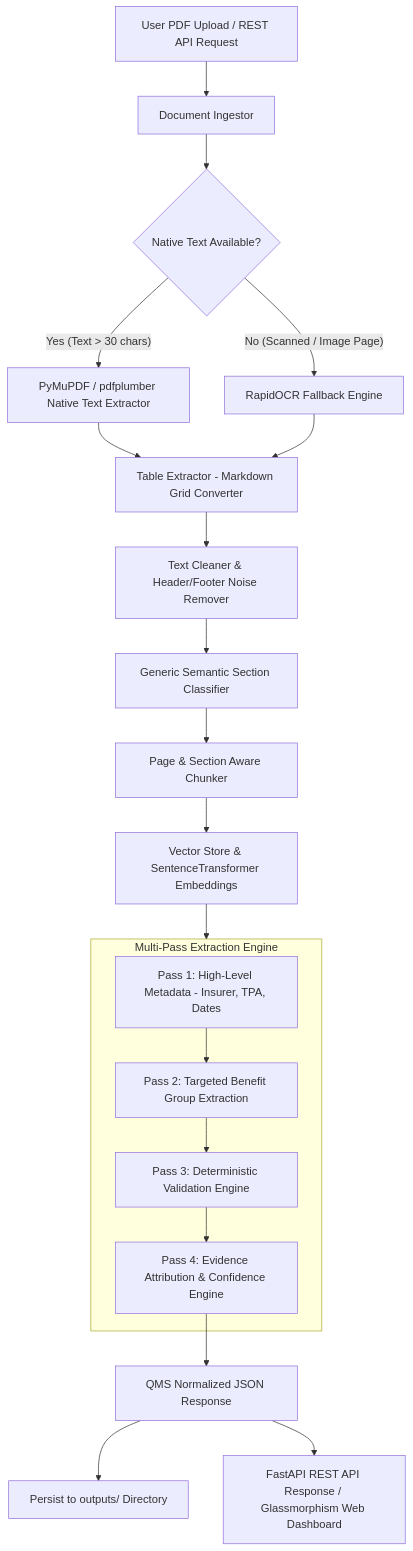
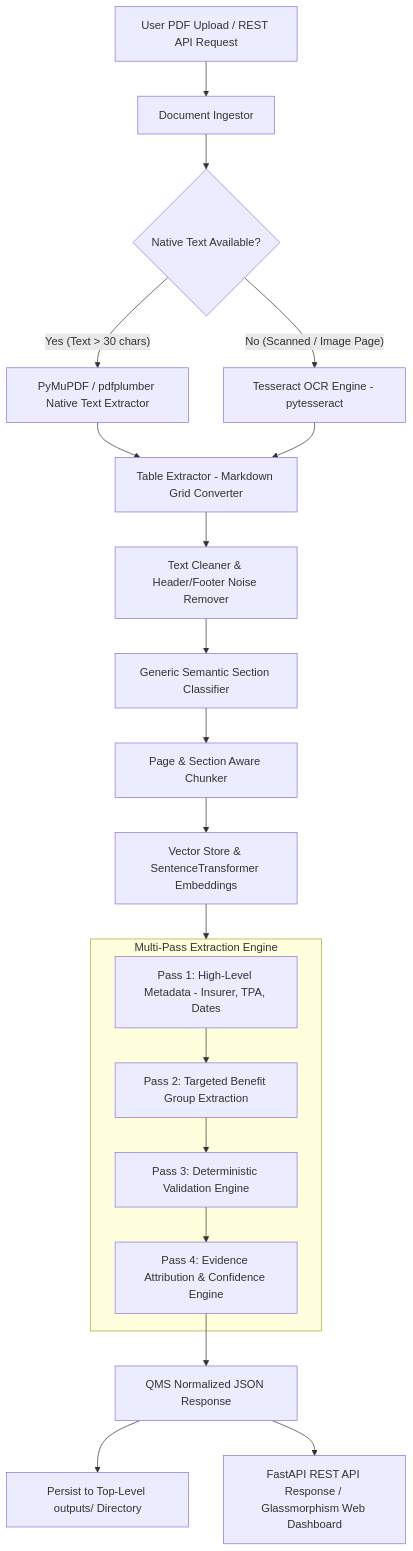
One commit to gargmadhav/PlanCover_assignment changed the diagram in README.md. Above: the diagram before and after it, drawn with Mermaid. The commit also changed other lines of this file and 75 other files, not shown here.

````diff
--- a/README.md
+++ b/README.md
@@ -108,26 +108,26 @@
 ```mermaid
 flowchart TD
     A[User PDF Upload / REST API Request] --> B[Document Ingestor]
     B --> C{Native Text Available?}
     C -- Yes (Text > 30 chars) --> D[PyMuPDF / pdfplumber Native Text Extractor]
-    C -- No (Scanned / Image Page) --> E[RapidOCR Fallback Engine]
+    C -- No (Scanned / Image Page) --> E[Tesseract OCR Engine - pytesseract]
     D --> F[Table Extractor - Markdown Grid Converter]
     E --> F
     F --> G[Text Cleaner & Header/Footer Noise Remover]
     G --> H[Generic Semantic Section Classifier]
     H --> I[Page & Section Aware Chunker]
     I --> J[Vector Store & SentenceTransformer Embeddings]
     J --> K[Multi-Pass Policy Extraction Engine]
     
     subgraph K [Multi-Pass Extraction Engine]
         K1[Pass 1: High-Level Metadata - Insurer, TPA, Dates]
         K2[Pass 2: Targeted Benefit Group Extraction]
         K3[Pass 3: Deterministic Validation Engine]
         K4[Pass 4: Evidence Attribution & Confidence Engine]
         K1 --> K2 --> K3 --> K4
     end
 
     K4 --> L[QMS Normalized JSON Response]
-    L --> M[Persist to outputs/ Directory]
+    L --> M[Persist to Top-Level outputs/ Directory]
     L --> N[FastAPI REST API Response / Glassmorphism Web Dashboard]
 ```
````
